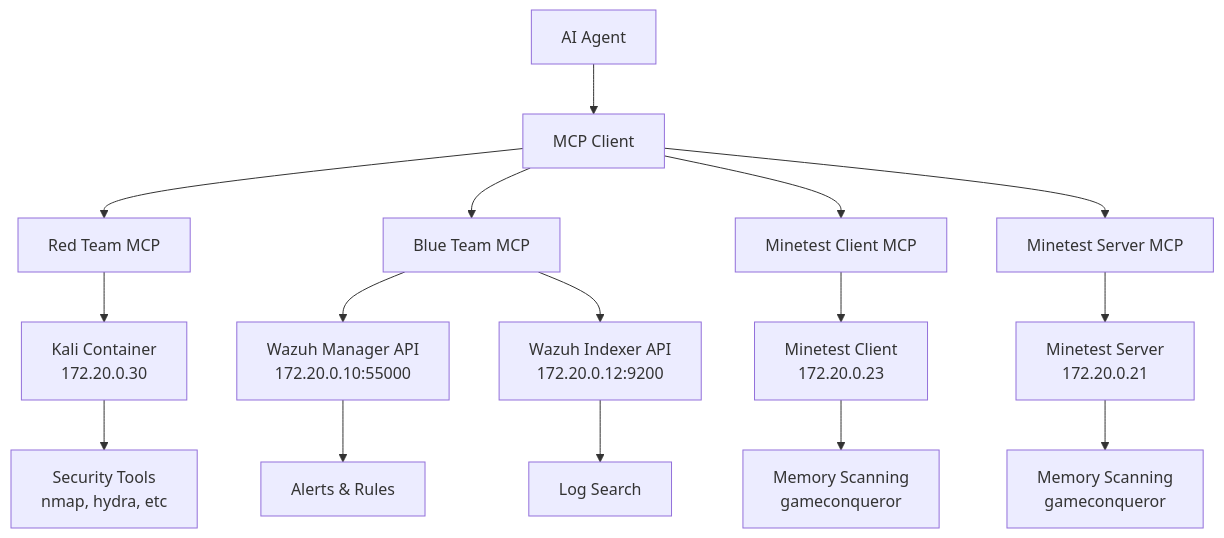
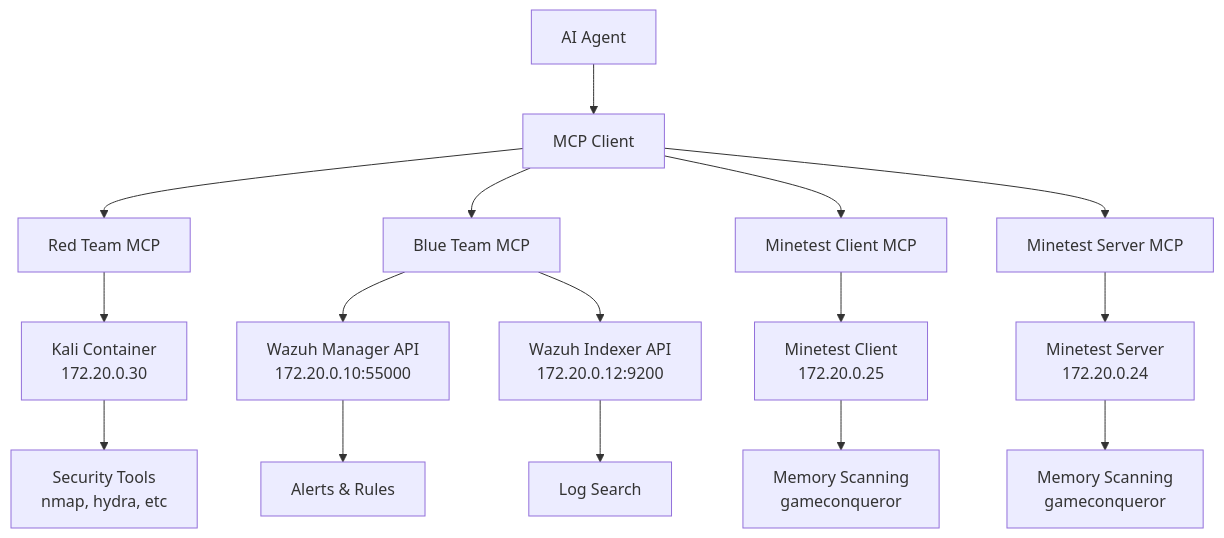
One commit to PaloAltoNetworks/shifter changed the diagram in docs/components/mcp-integration.md. Above: the diagram before and after it, drawn with Mermaid. The commit also changed 11 other files, not shown here.

````diff
--- a/docs/components/mcp-integration.md
+++ b/docs/components/mcp-integration.md
@@ -7,20 +7,20 @@
 ```mermaid
 flowchart TD
     A[AI Agent] --> B[MCP Client]
     B --> C[Red Team MCP]
     B --> D[Blue Team MCP]
     B --> E[Minetest Client MCP]
     B --> F[Minetest Server MCP]
     
     C --> G[Kali Container<br/>172.20.0.30]
     D --> H[Wazuh Manager API<br/>172.20.0.10:55000]
     D --> I[Wazuh Indexer API<br/>172.20.0.12:9200]
-    E --> J[Minetest Client<br/>172.20.0.23]
-    F --> K[Minetest Server<br/>172.20.0.21]
+    E --> J[Minetest Client<br/>172.20.0.25]
+    F --> K[Minetest Server<br/>172.20.0.24]
     
     G --> L[Security Tools<br/>nmap, hydra, etc]
     H --> M[Alerts & Rules]
     I --> N[Log Search]
     J --> O[Memory Scanning<br/>gameconqueror]
     K --> P[Memory Scanning<br/>gameconqueror]
 ```
````
